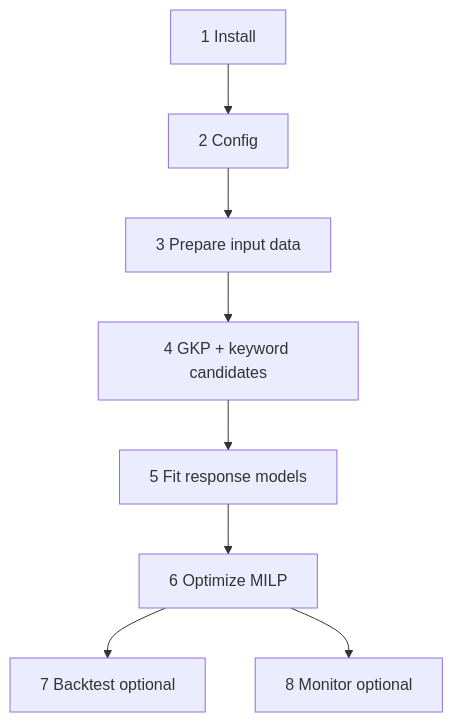
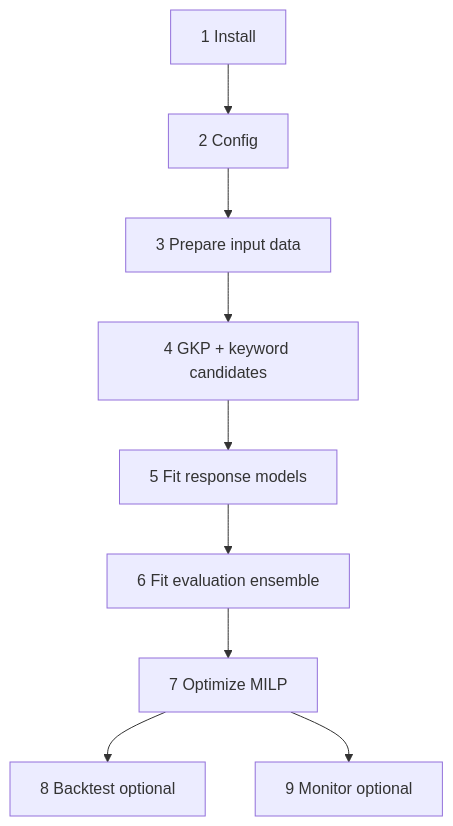
The diagram in campaign_opt/README.md (josephine-situ/ad_opt_v2), drawn with Mermaid before and after one commit. The commit also changed other lines of this file and 2 other files, not shown here.

First line of the commit message:
docs: align campaign README and backtest slides with two-stage run

````diff
--- a/campaign_opt/README.md
+++ b/campaign_opt/README.md
@@ -7,10 +7,11 @@
 ```mermaid
 flowchart TD
   S1[1 Install] --> S2[2 Config]
   S2 --> S3[3 Prepare input data]
   S3 --> S4[4 GKP + keyword candidates]
   S4 --> S5[5 Fit response models]
-  S5 --> S6[6 Optimize MILP]
-  S6 --> S7[7 Backtest optional]
-  S6 --> S8[8 Monitor optional]
+  S5 --> S5b[6 Fit evaluation ensemble]
+  S5b --> S6[7 Optimize MILP]
+  S6 --> S7[8 Backtest optional]
+  S6 --> S8[9 Monitor optional]
 ```
````
